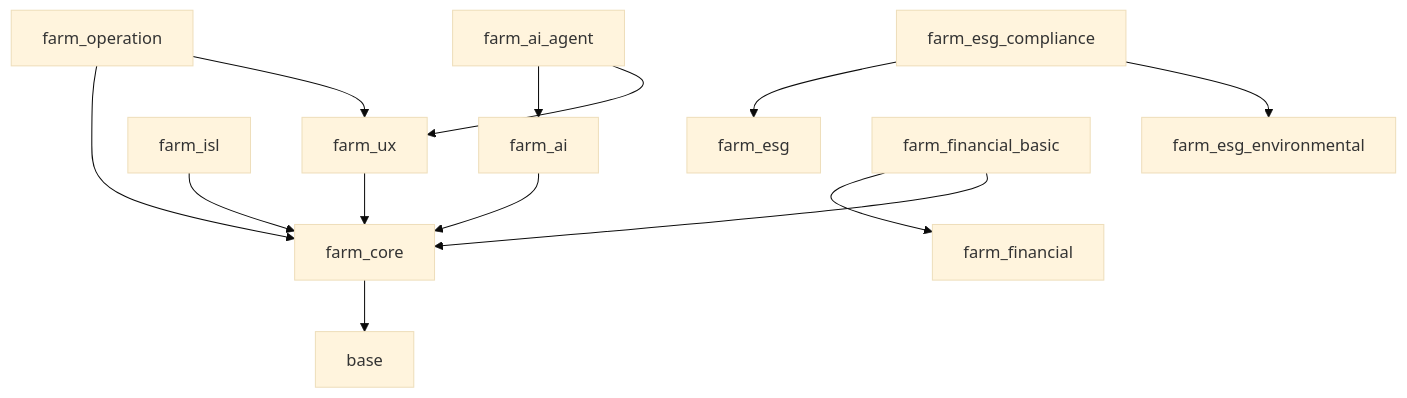
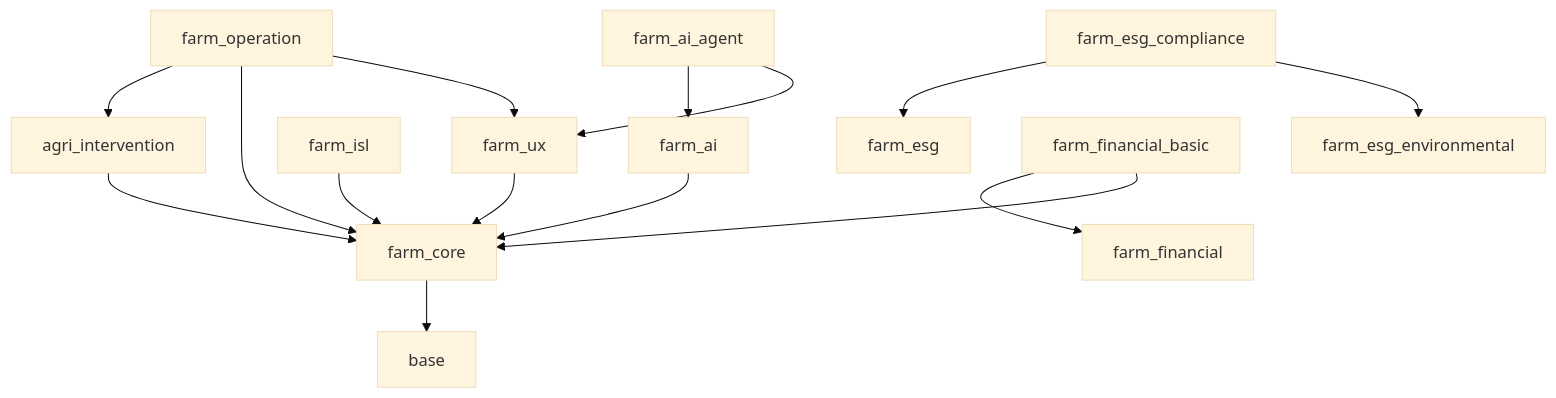
One commit to jeffery9/odoo-farm changed the diagram in docs/technical/architecture/MIXIN_ARCHITECTURE_SUMMARY.md. Above: the diagram before and after it, drawn with Mermaid (base theme). The commit also changed other lines of this file and 146 other files, not shown here.

First line of the commit message:
docs(ecosystem): update technical architecture and precision agriculture specifications

````diff
--- a/docs/technical/architecture/MIXIN_ARCHITECTURE_SUMMARY.md
+++ b/docs/technical/architecture/MIXIN_ARCHITECTURE_SUMMARY.md
@@ -60,15 +61,17 @@
 ```mermaid
 graph TD
     farm_core[farm_core] --> base
+    agri_intervention[agri_intervention] --> farm_core
     farm_ux[farm_ux] --> farm_core
     farm_isl[farm_isl] --> farm_core
-    farm_operation[farm_operation] --> farm_core
+    farm_operation[farm_operation] --> agri_intervention
+    farm_operation --> farm_core
     farm_operation --> farm_ux
     farm_ai[farm_ai] --> farm_core
     farm_ai_agent[farm_ai_agent] --> farm_ai
     farm_ai_agent --> farm_ux
     farm_esg_compliance[farm_esg_compliance] --> farm_esg
     farm_esg_compliance --> farm_esg_environmental
     farm_financial_basic[farm_financial_basic] --> farm_financial
     farm_financial_basic --> farm_core
 ```
````
